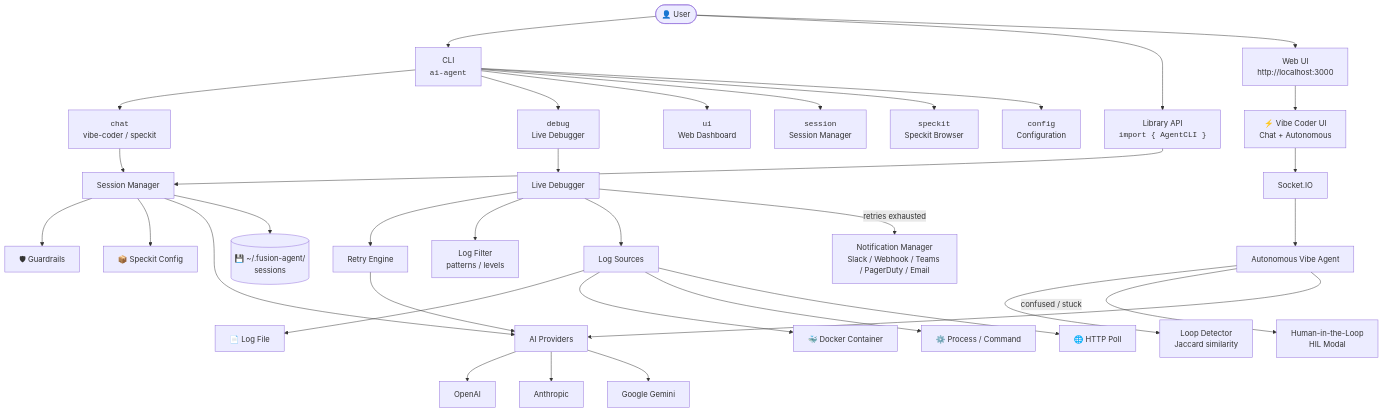
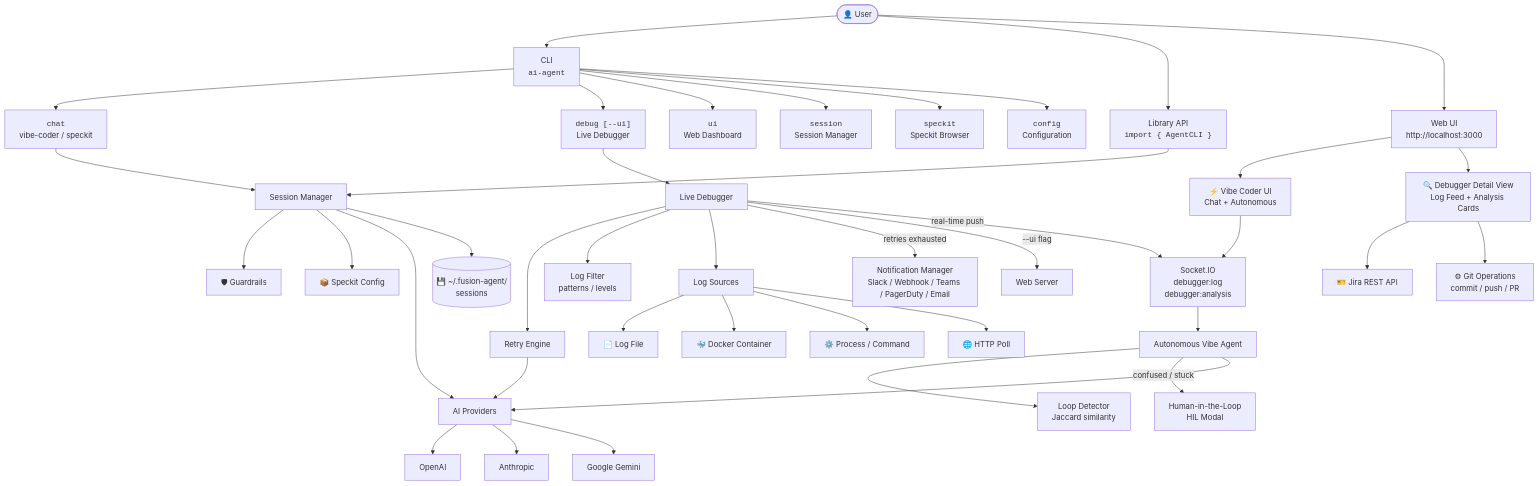
One commit to fury-r/fusion-agent changed the first of 4 diagrams in README.md. Above: the diagram before and after it, drawn with Mermaid. The commit also changed other lines of this file and 2 other files, not shown here.

First line of the commit message:
docs: update README — Debugger UI, Jira/Git integrations, session naming, REST API reference

````diff
--- a/README.md
+++ b/README.md
@@ -33,45 +36,51 @@
 ```mermaid
 flowchart TD
     User([👤 User]) --> CLI["CLI\n<code>ai-agent</code>"]
     User --> LibAPI["Library API\n<code>import { AgentCLI }</code>"]
     User --> WebUI["Web UI\nhttp://localhost:3000"]
 
     CLI --> Chat["<code>chat</code>\nvibe-coder / speckit"]
-    CLI --> Debug["<code>debug</code>\nLive Debugger"]
+    CLI --> Debug["<code>debug [--ui]</code>\nLive Debugger"]
     CLI --> UI["<code>ui</code>\nWeb Dashboard"]
     CLI --> SessionCmd["<code>session</code>\nSession Manager"]
     CLI --> Speckit["<code>speckit</code>\nSpeckit Browser"]
     CLI --> Config["<code>config</code>\nConfiguration"]
 
     Chat --> SM[Session Manager]
     LibAPI --> SM
 
     SM --> Guardrails[🛡 Guardrails]
     SM --> SpeckitConf[📦 Speckit Config]
     SM --> Providers
 
     Debug --> LiveDbg[Live Debugger]
     LiveDbg --> RetryEngine[Retry Engine]
     RetryEngine --> Providers
     LiveDbg --> LogFilter[Log Filter\npatterns / levels]
     LiveDbg --> LogSrc[Log Sources]
     LiveDbg -->|retries exhausted| Notify[Notification Manager\nSlack / Webhook / Teams / PagerDuty / Email]
+    LiveDbg -->|--ui flag| WebSrv[Web Server]
+    LiveDbg -->|real-time push| SocketIO[Socket.IO\ndebugger:log\ndebugger:analysis]
 
     LogSrc --> LogFile[📄 Log File]
     LogSrc --> DockerSrc[🐳 Docker Container]
     LogSrc --> ProcSrc[⚙️ Process / Command]
     LogSrc --> HTTPSrc[🌐 HTTP Poll]
 
     WebUI --> VibeUI["⚡ Vibe Coder UI\nChat + Autonomous"]
-    VibeUI --> SocketIO[Socket.IO]
+    WebUI --> DbgUI["🔍 Debugger Detail View\nLog Feed + Analysis Cards"]
+    VibeUI --> SocketIO
     SocketIO --> VibeAgent[Autonomous Vibe Agent]
     VibeAgent --> LoopDet[Loop Detector\nJaccard similarity]
     VibeAgent -->|confused / stuck| HIL[Human-in-the-Loop\nHIL Modal]
     VibeAgent --> Providers
+
+    DbgUI --> JiraAPI[🎫 Jira REST API]
+    DbgUI --> GitOps[⚙ Git Operations\ncommit / push / PR]
 
     Providers[AI Providers] --> OpenAI[OpenAI]
     Providers --> Anthropic[Anthropic]
     Providers --> Gemini[Google Gemini]
 
     SM --> Storage[(💾 ~/.fusion-agent/\nsessions)]
 ```
````
